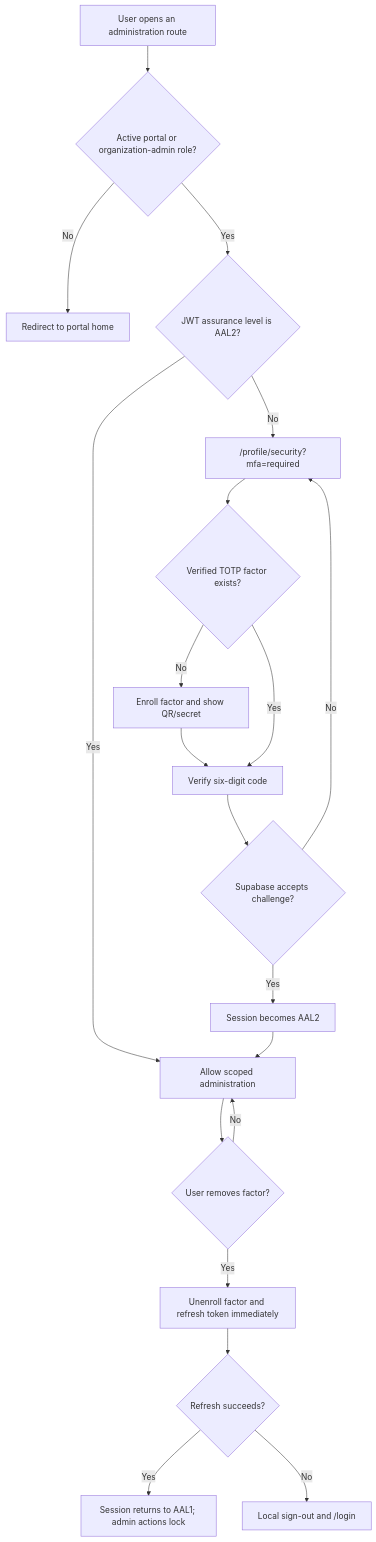
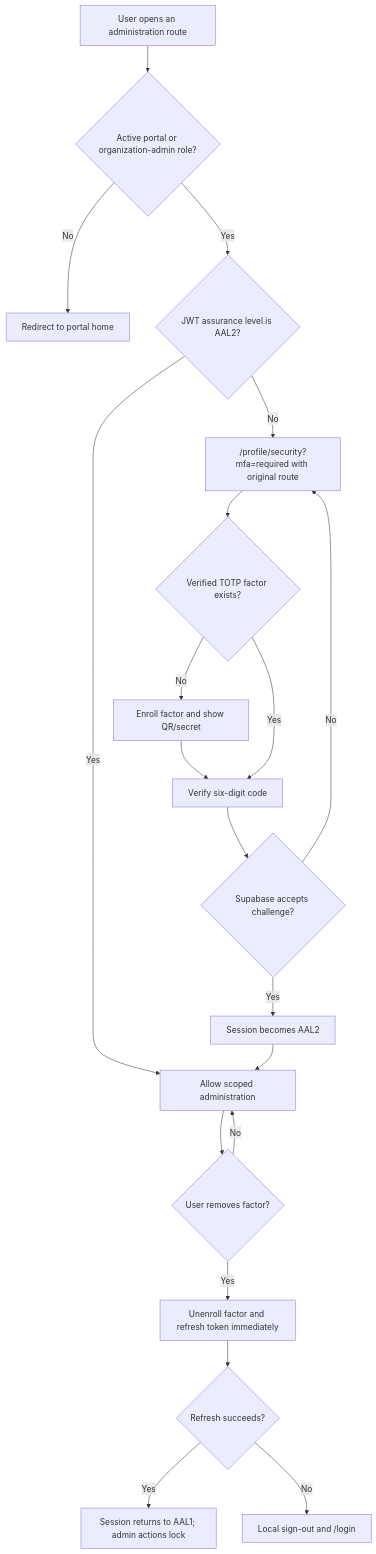
The sixth of 6 diagrams in docs/flows/authentication-and-accounts.md (NORSTEC/intranet), drawn with Mermaid before and after one commit. The commit also changed 21 other files, not shown here.

````diff
--- a/docs/flows/authentication-and-accounts.md
+++ b/docs/flows/authentication-and-accounts.md
@@ -138,22 +138,22 @@
 ```mermaid
 flowchart TD
     A["User opens an administration route"] --> B{"Active portal or organization-admin role?"}
     B -- "No" --> X1["Redirect to portal home"]
     B -- "Yes" --> C{"JWT assurance level is AAL2?"}
     C -- "Yes" --> D["Allow scoped administration"]
-    C -- "No" --> E["/profile/security?mfa=required"]
+    C -- "No" --> E["/profile/security?mfa=required with original route"]
     E --> F{"Verified TOTP factor exists?"}
     F -- "No" --> G["Enroll factor and show QR/secret"]
     G --> H["Verify six-digit code"]
     F -- "Yes" --> H
     H --> I{"Supabase accepts challenge?"}
     I -- "No" --> E
     I -- "Yes" --> J["Session becomes AAL2"]
     J --> D
     D --> K{"User removes factor?"}
     K -- "No" --> D
     K -- "Yes" --> L["Unenroll factor and refresh token immediately"]
     L --> M{"Refresh succeeds?"}
     M -- "Yes" --> N["Session returns to AAL1; admin actions lock"]
     M -- "No" --> O["Local sign-out and /login"]
 ```
````
